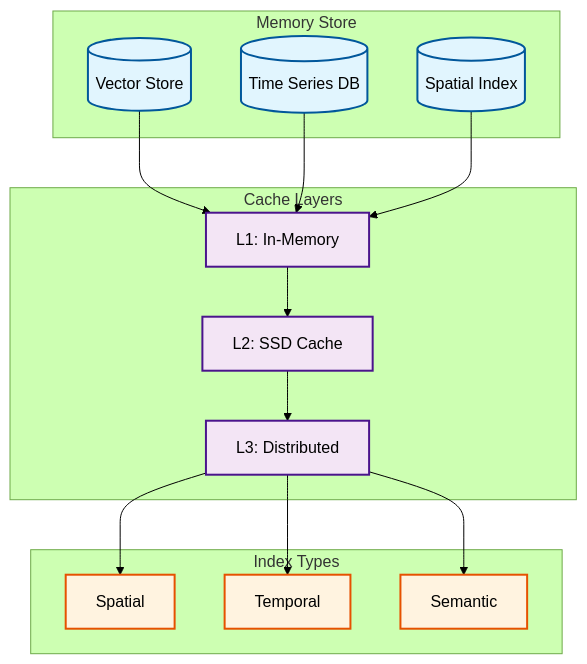
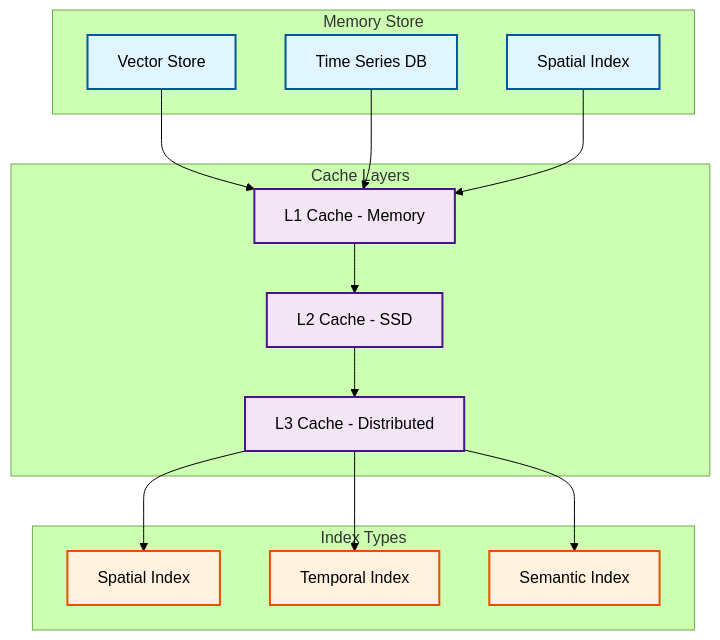
Before and after one commit to Vortx-AI/memories-dev: the second of 3 diagrams in README.md, drawn with Mermaid (forest theme). The commit also changed other lines of this file, not shown here.

````diff
--- a/README.md
+++ b/README.md
@@ -98,39 +94,38 @@
 ```mermaid
 graph TD
-    %% Style definitions
-    classDef storeNode fill:#e1f5fe,stroke:#01579b,stroke-width:2px
-    classDef cacheNode fill:#f3e5f5,stroke:#4a148c,stroke-width:2px
-    classDef indexNode fill:#fff3e0,stroke:#e65100,stroke-width:2px
+    %% Styles
+    classDef store fill:#e1f5fe,stroke:#01579b,stroke-width:2px;
+    classDef cache fill:#f3e5f5,stroke:#4a148c,stroke-width:2px;
+    classDef index fill:#fff3e0,stroke:#e65100,stroke-width:2px;
 
     %% Memory Store
-    subgraph MemoryStore["Memory Store"]
-        V1[("Vector Store")]
-        T1[("Time Series DB")]
-        S1[("Spatial Index")]
+    subgraph Store[Memory Store]
+        V[Vector Store]
+        T[Time Series DB]
+        S[Spatial Index]
     end
 
-    %% Cache Layers
-    subgraph CacheLayers["Cache Layers"]
-        L1["L1: In-Memory"]
-        L2["L2: SSD Cache"]
-        L3["L3: Distributed"]
+    %% Cache System
+    subgraph Cache[Cache Layers]
+        L1[L1 Cache - Memory]
+        L2[L2 Cache - SSD]
+        L3[L3 Cache - Distributed]
     end
 
-    %% Index Types
-    subgraph Indexes["Index Types"]
-        I1["Spatial"]
-        I2["Temporal"]
-        I3["Semantic"]
+    %% Index System
+    subgraph Index[Index Types]
+        I1[Spatial Index]
+        I2[Temporal Index]
+        I3[Semantic Index]
     end
 
-    %% Connections
-    V1 & T1 & S1 --> L1
-    L1 --> L2
-    L2 --> L3
+    %% Flow
+    V & T & S --> L1
+    L1 --> L2 --> L3
     L3 --> I1 & I2 & I3
 
-    %% Apply styles
-    class V1,T1,S1 storeNode
-    class L1,L2,L3 cacheNode
-    class I1,I2,I3 indexNode
+    %% Styles
+    class V,T,S store;
+    class L1,L2,L3 cache;
+    class I1,I2,I3 index;
 ```
````
